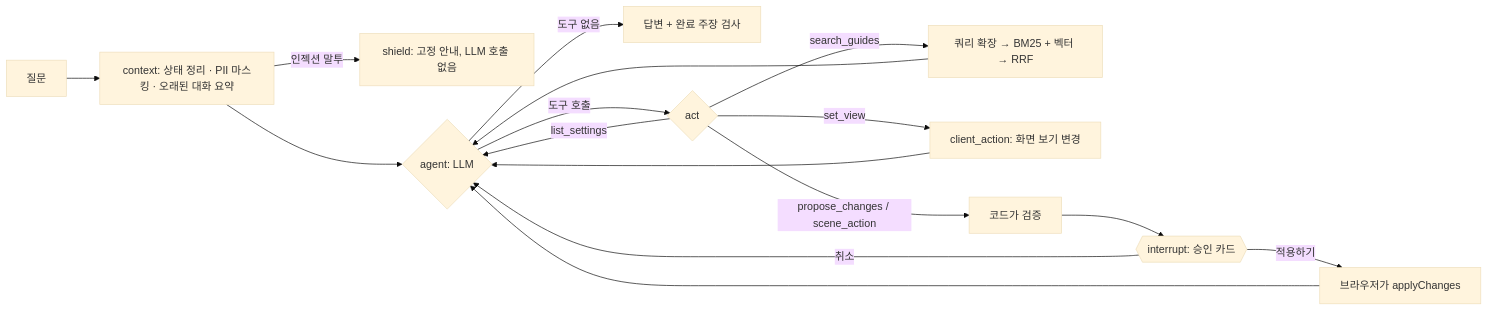
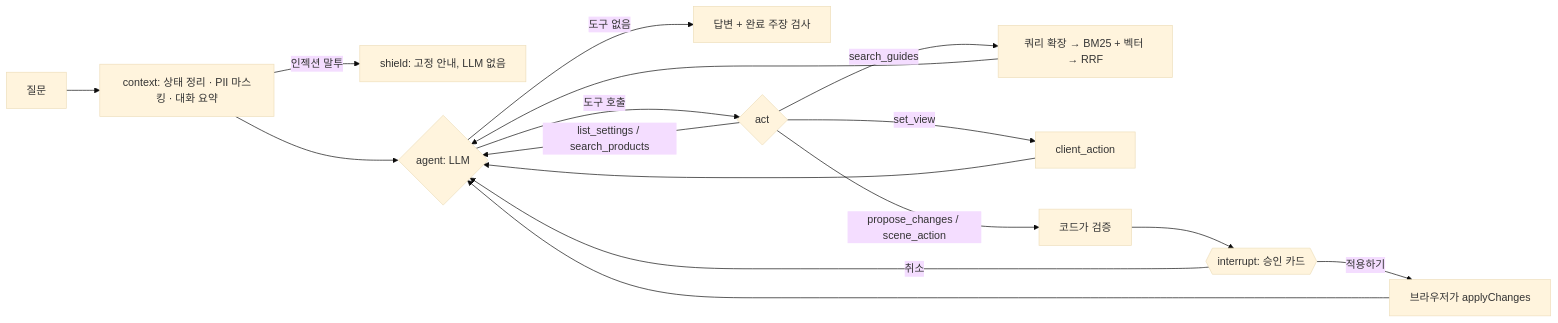
Before and after one commit to vvega-a/desk-simulator: the second of 2 diagrams in README.md, drawn with Mermaid (base theme). The commit also changed other lines of this file and 1 other file, not shown here.

````diff
--- a/README.md
+++ b/README.md
@@ -44,14 +43,14 @@
 ```mermaid
 flowchart LR
-  Q[질문] --> C[context: 상태 정리 · PII 마스킹 · 오래된 대화 요약]
-  C -- 인젝션 말투 --> SH[shield: 고정 안내, LLM 호출 없음]
+  Q[질문] --> C[context: 상태 정리 · PII 마스킹 · 대화 요약]
+  C -- 인젝션 말투 --> SH[shield: 고정 안내, LLM 없음]
   C --> A{agent: LLM}
   A -- 도구 없음 --> E[답변 + 완료 주장 검사]
   A -- 도구 호출 --> T{act}
-  T -- list_settings --> A
+  T -- list_settings / search_products --> A
   T -- search_guides --> RG[쿼리 확장 → BM25 + 벡터 → RRF] --> A
-  T -- set_view --> R[client_action: 화면 보기 변경] --> A
+  T -- set_view --> R[client_action] --> A
   T -- propose_changes / scene_action --> VAL[코드가 검증] --> H{{interrupt: 승인 카드}}
   H -- 적용하기 --> AP[브라우저가 applyChanges] --> A
   H -- 취소 --> A
 ```
````
